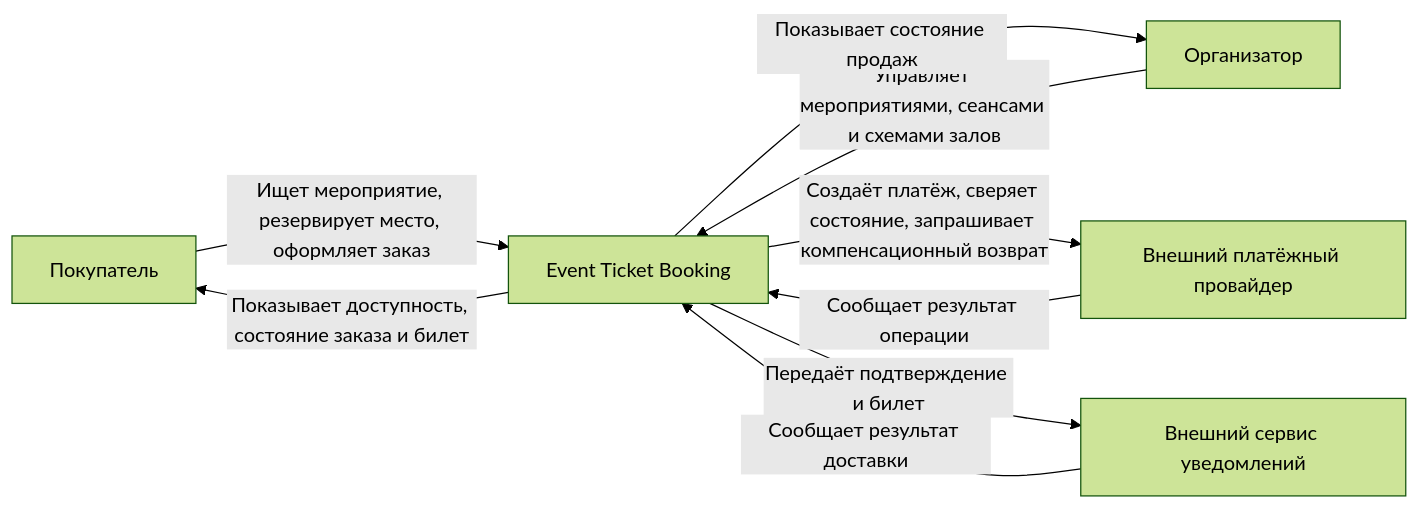
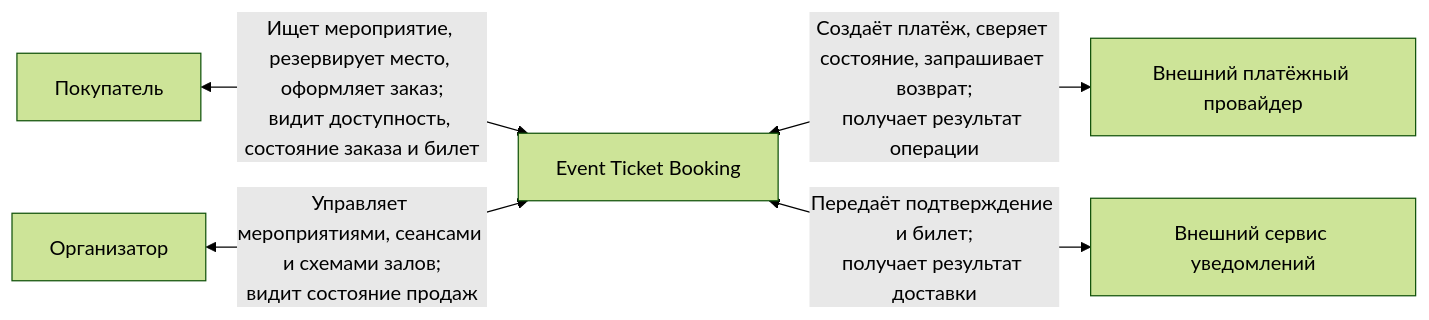
Before and after one commit to TIR44/event-ticket-booking: the diagram in docs/system-context.md, drawn with Mermaid (forest theme). The commit also changed 7 other files, not shown here.

First line of the commit message:
Исправил отображение C4-схем, условие алерта архива и примеры идентификаторов

````diff
--- a/docs/system-context.md
+++ b/docs/system-context.md
@@ -5,20 +5,13 @@
 ```mermaid
 flowchart LR
     buyer["Покупатель"]
     organizer["Организатор"]
     system["Event Ticket Booking"]
     payment["Внешний платёжный провайдер"]
     notifications["Внешний сервис уведомлений"]
 
-    buyer -->|"Ищет мероприятие, резервирует место, оформляет заказ"| system
-    system -->|"Показывает доступность, состояние заказа и билет"| buyer
-
-    organizer -->|"Управляет мероприятиями, сеансами и схемами залов"| system
-    system -->|"Показывает состояние продаж"| organizer
-
-    system -->|"Создаёт платёж, сверяет состояние, запрашивает компенсационный возврат"| payment
-    payment -->|"Сообщает результат операции"| system
-
-    system -->|"Передаёт подтверждение и билет"| notifications
-    notifications -->|"Сообщает результат доставки"| system
+    buyer <-->|"Ищет мероприятие, резервирует место, оформляет заказ;<br/>видит доступность, состояние заказа и билет"| system
+    organizer <-->|"Управляет мероприятиями, сеансами и схемами залов;<br/>видит состояние продаж"| system
+    system <-->|"Создаёт платёж, сверяет состояние, запрашивает возврат;<br/>получает результат операции"| payment
+    system <-->|"Передаёт подтверждение и билет;<br/>получает результат доставки"| notifications
 ```
````
